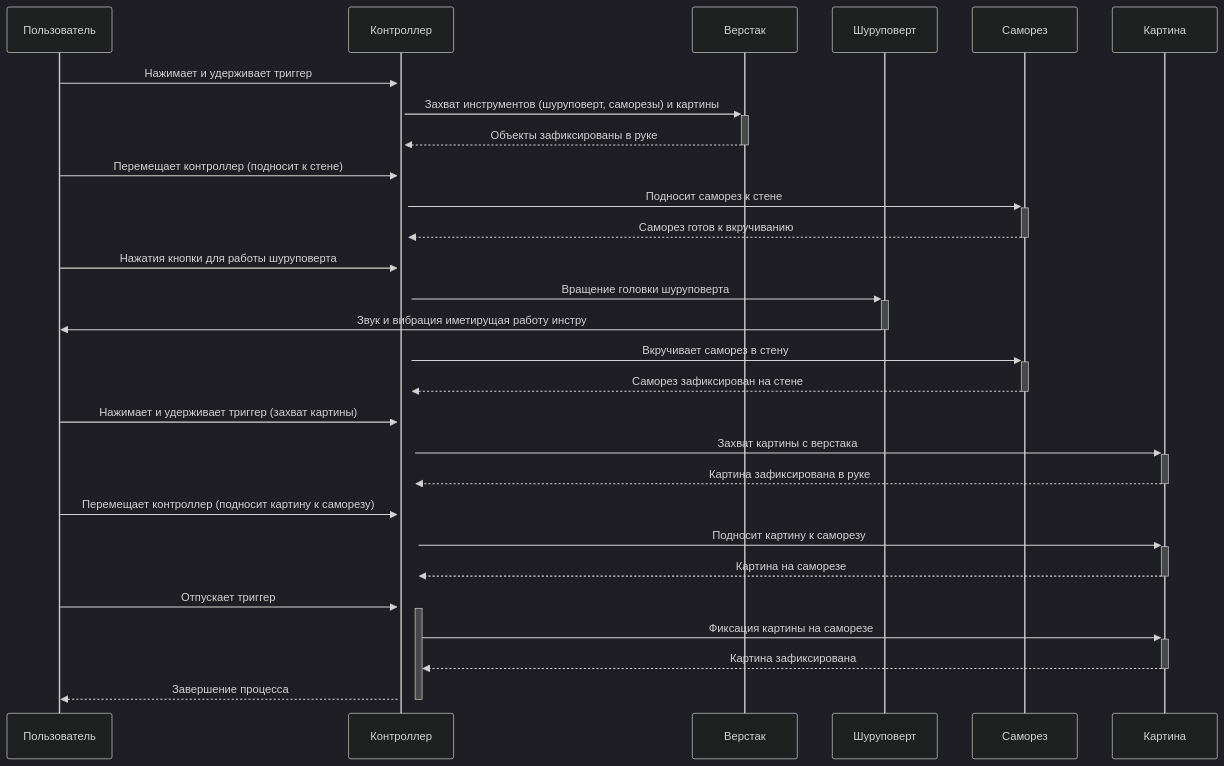
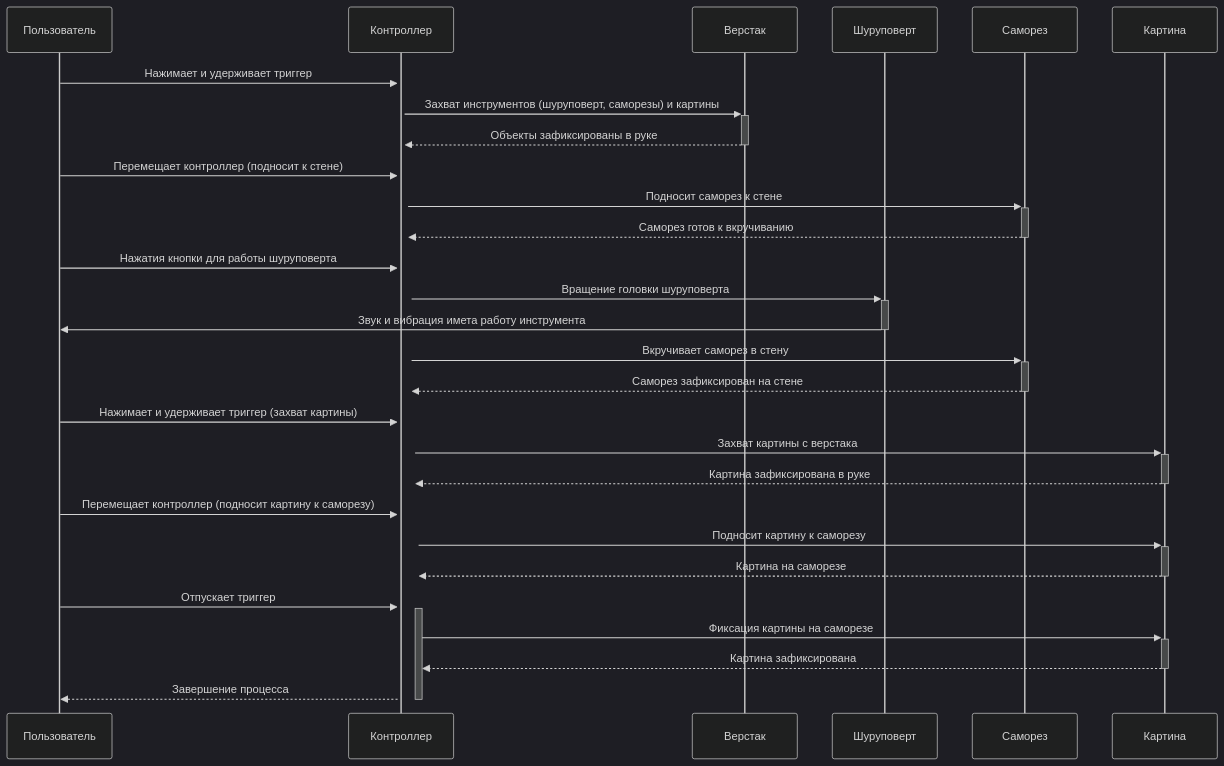
One commit to NerdyCep/iodraw-files changed the diagram in all/не называться-1.md. Above: the diagram before and after it, drawn with Mermaid (dark theme).

Commit message:
2025-02-25 18:29:11 update

````diff
--- a/all/не называться-1.md
+++ b/all/не называться-1.md
@@ -1,32 +1,32 @@
 ```mermaid
 sequenceDiagram
     participant Пользователь
     participant Контроллер
     participant Верстак
     participant Шуруповерт
     participant Саморез
     participant Картина
     
 
     Пользователь->>+Контроллер: Нажимает и удерживает триггер
     Контроллер->>+Верстак: Захват инструментов (шуруповерт, саморезы) и картины
     Верстак-->>-Контроллер: Объекты зафиксированы в руке
     Пользователь->>+Контроллер: Перемещает контроллер (подносит к стене)
     Контроллер->>+Саморез: Подносит саморез к стене
     Саморез-->>-Контроллер: Саморез готов к вкручиванию
     Пользователь->>+Контроллер: Нажатия кнопки для работы шуруповерта
     Контроллер->>+Шуруповерт: Вращение головки шуруповерта
-    Шуруповерт->>-Пользователь: Звук и вибрация иметирущая работу инстру
+    Шуруповерт->>-Пользователь: Звук и вибрация имета работу инструмента
     Контроллер->>+Саморез: Вкручивает саморез в стену
     Саморез-->>-Контроллер: Саморез зафиксирован на стене
     Пользователь->>+Контроллер: Нажимает и удерживает триггер (захват картины)
     Контроллер->>+Картина: Захват картины с верстака
     Картина-->>-Контроллер: Картина зафиксирована в руке
     Пользователь->>+Контроллер: Перемещает контроллер (подносит картину к саморезу)
     Контроллер->>+Картина: Подносит картину к саморезу
     Картина-->>-Контроллер: Картина на саморезе
     Пользователь->>+Контроллер: Отпускает триггер
     Контроллер->>+Картина: Фиксация картины на саморезе
     Картина-->>-Контроллер: Картина зафиксирована
     Контроллер-->>-Пользователь: Завершение процесса
 ```
````
